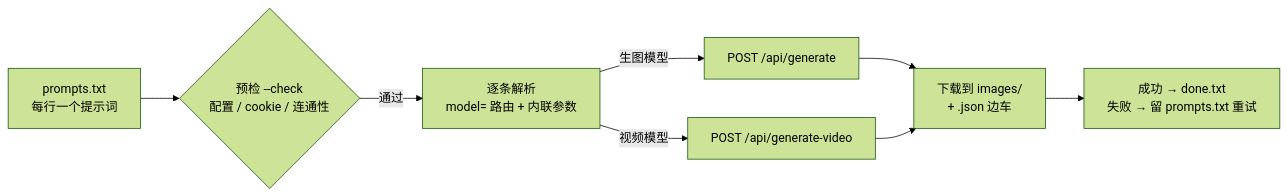
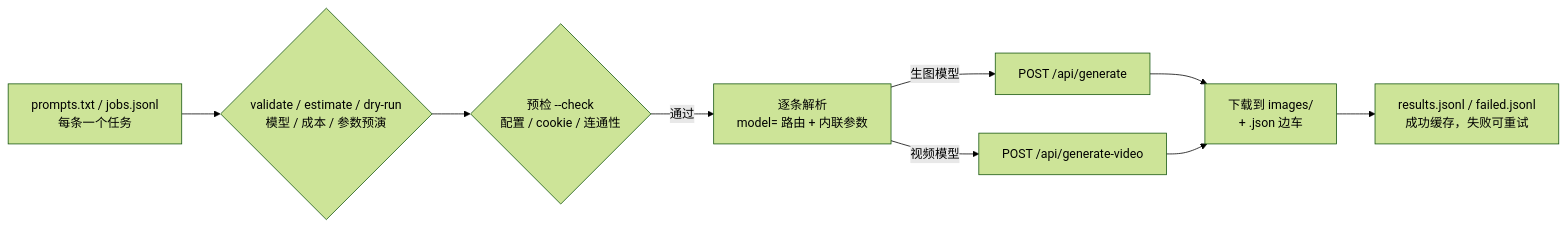
Before and after one commit to shaozheng0503/dreamifly-batch: the diagram in README.md, drawn with Mermaid (forest theme). The commit also changed other lines of this file and 15 other files, not shown here.

````diff
--- a/README.md
+++ b/README.md
@@ -62,10 +67,11 @@
 ```mermaid
 flowchart LR
-    A["prompts.txt<br/>每行一个提示词"] --> B{"预检 --check<br/>配置 / cookie / 连通性"}
-    B -->|通过| C["逐条解析<br/>model= 路由 + 内联参数"]
-    C -->|生图模型| D["POST /api/generate"]
-    C -->|视频模型| E["POST /api/generate-video"]
-    D --> F["下载到 images/<br/>+ .json 边车"]
-    E --> F
-    F --> G["成功 → done.txt<br/>失败 → 留 prompts.txt 重试"]
+    A["prompts.txt / jobs.jsonl<br/>每条一个任务"] --> B{"validate / estimate / dry-run<br/>模型 / 成本 / 参数预演"}
+    B --> C{"预检 --check<br/>配置 / cookie / 连通性"}
+    C -->|通过| D["逐条解析<br/>model= 路由 + 内联参数"]
+    D -->|生图模型| E["POST /api/generate"]
+    D -->|视频模型| F["POST /api/generate-video"]
+    E --> G["下载到 images/<br/>+ .json 边车"]
+    F --> G
+    G --> H["results.jsonl / failed.jsonl<br/>成功缓存，失败可重试"]
 ```
````
